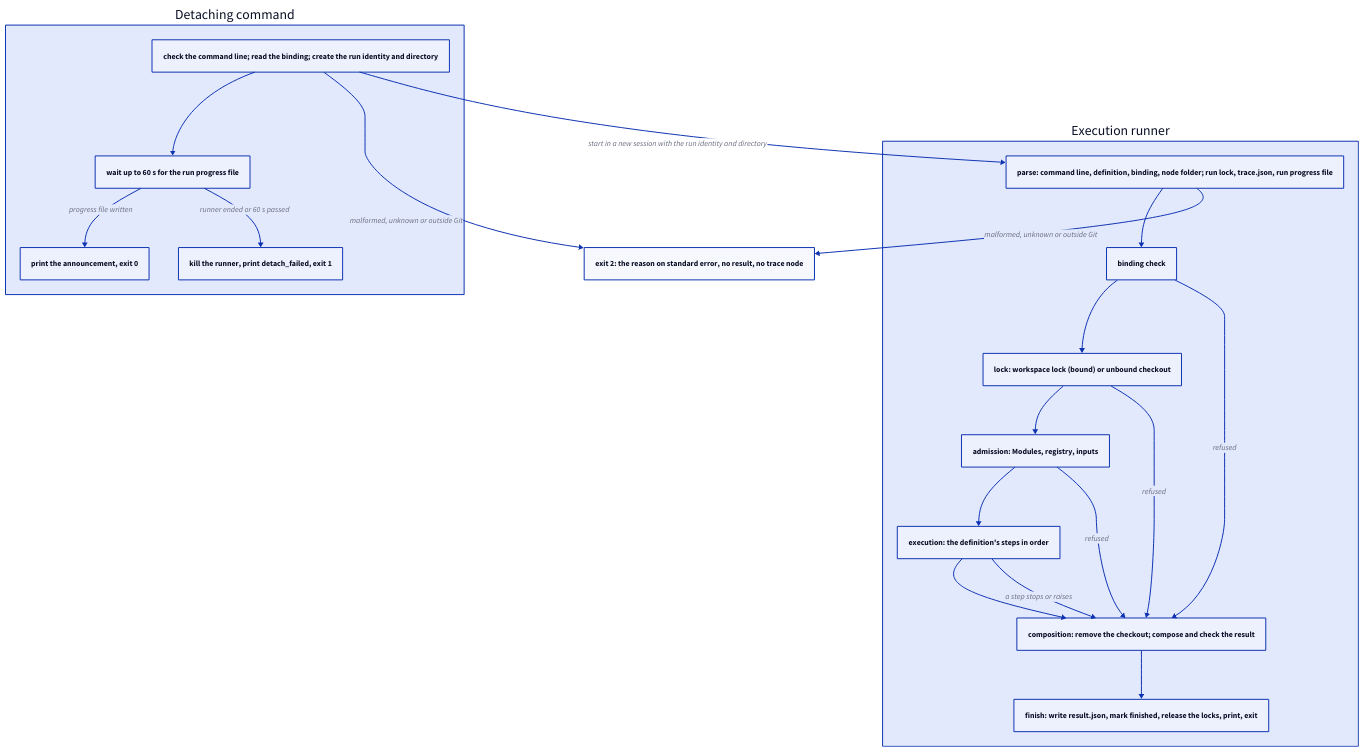
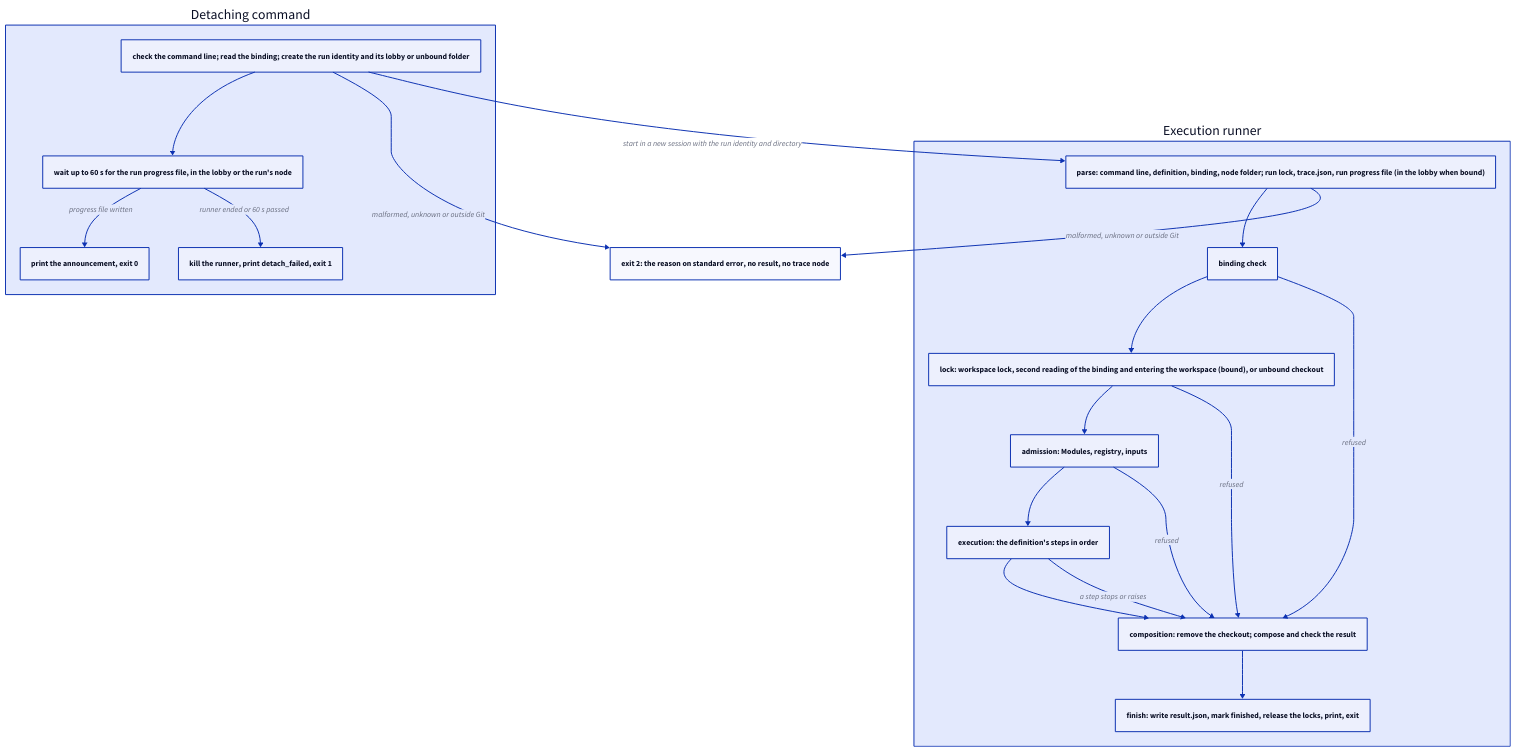
Before and after one commit to FTOD/concorde: the diagram in specs/concorde/execution/runner.md, drawn with D2. The commit also changed other lines of this file and 24 other files, not shown here.

First line of the commit message:
Runs wait in the lobby until they hold the workspace lock

````diff
--- a/specs/concorde/execution/runner.md
+++ b/specs/concorde/execution/runner.md
@@ -99,30 +128,30 @@
 ```d2 illustrative
 direction: down
 exit2: "exit 2: the reason on standard error, no result, no trace node"
 launcher: "Detaching command" {
-  check: "check the command line; read the binding; create the run identity and directory"
-  wait: "wait up to 60 s for the run progress file"
+  check: "check the command line; read the binding; create the run identity and its lobby or unbound folder"
+  wait: "wait up to 60 s for the run progress file, in the lobby or the run's node"
   announce: "print the announcement, exit 0"
   kill: "kill the runner, print detach_failed, exit 1"
   check -> wait
   wait -> announce: progress file written
   wait -> kill: runner ended or 60 s passed
 }
 runner: "Execution runner" {
-  parse: "parse: command line, definition, binding, node folder; run lock, trace.json, run progress file"
+  parse: "parse: command line, definition, binding, node folder; run lock, trace.json, run progress file (in the lobby when bound)"
   binding: "binding check"
-  lock: "lock: workspace lock (bound) or unbound checkout"
+  lock: "lock: workspace lock, second reading of the binding and entering the workspace (bound), or unbound checkout"
   admission: "admission: Modules, registry, inputs"
   execution: "execution: the definition's steps in order"
   composition: "composition: remove the checkout; compose and check the result"
   finish: "finish: write result.json, mark finished, release the locks, print, exit"
   parse -> binding -> lock -> admission -> execution -> composition -> finish
   binding -> composition: refused
   lock -> composition: refused
   admission -> composition: refused
   execution -> composition: a step stops or raises
 }
 runner.parse -> exit2: malformed, unknown or outside Git
 launcher.check -> exit2: malformed, unknown or outside Git
 launcher.check -> runner.parse: start in a new session with the run identity and directory
 ```
````
